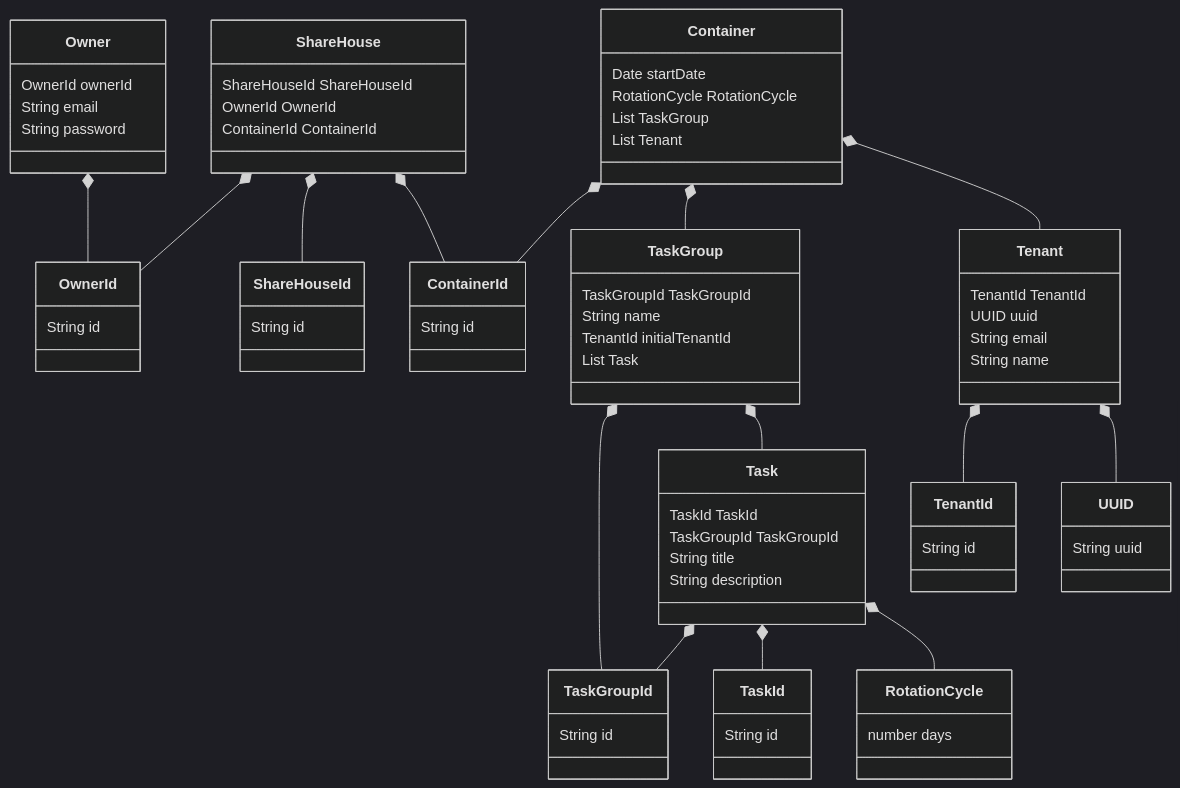
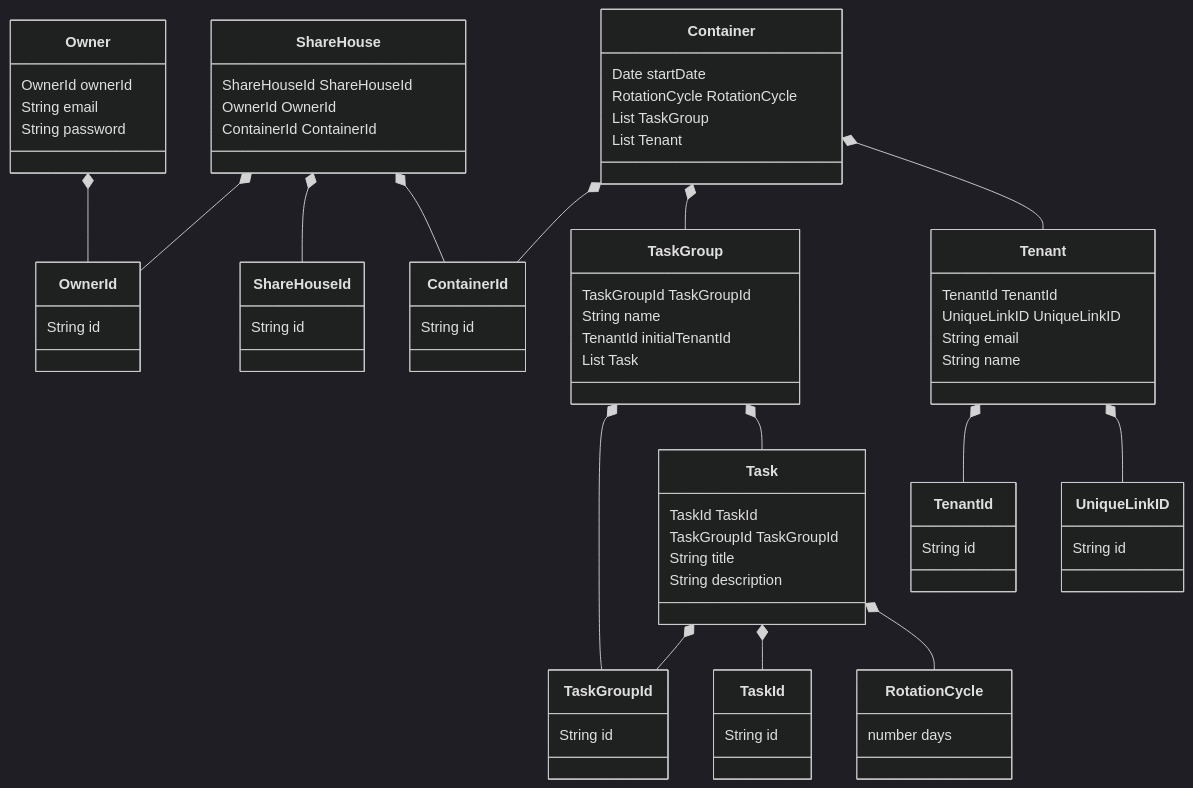
One commit to Tascurator/tascurator-documents changed the diagram in modeling.md. Above: the diagram before and after it, drawn with Mermaid (dark theme).

Commit message:
docs: modify Tenant class to use UniqueLinkID instead of UUID

````diff
--- a/modeling.md
+++ b/modeling.md
@@ -59,7 +59,7 @@
 
     class Tenant {
         TenantId TenantId
-        UUID uuid
+        UniqueLinkID UniqueLinkID
         String email
         String name
     }
@@ -68,8 +68,8 @@
         String id
     }
     
-    class UUID {
-        String uuid
+    class UniqueLinkID {
+        String id
     }
 
     Owner *-- OwnerId
@@ -85,5 +85,5 @@
     Task *-- TaskId
     Task *-- RotationCycle
     Tenant *-- TenantId
-    Tenant *-- UUID
+    Tenant *-- UniqueLinkID
 ```
````
